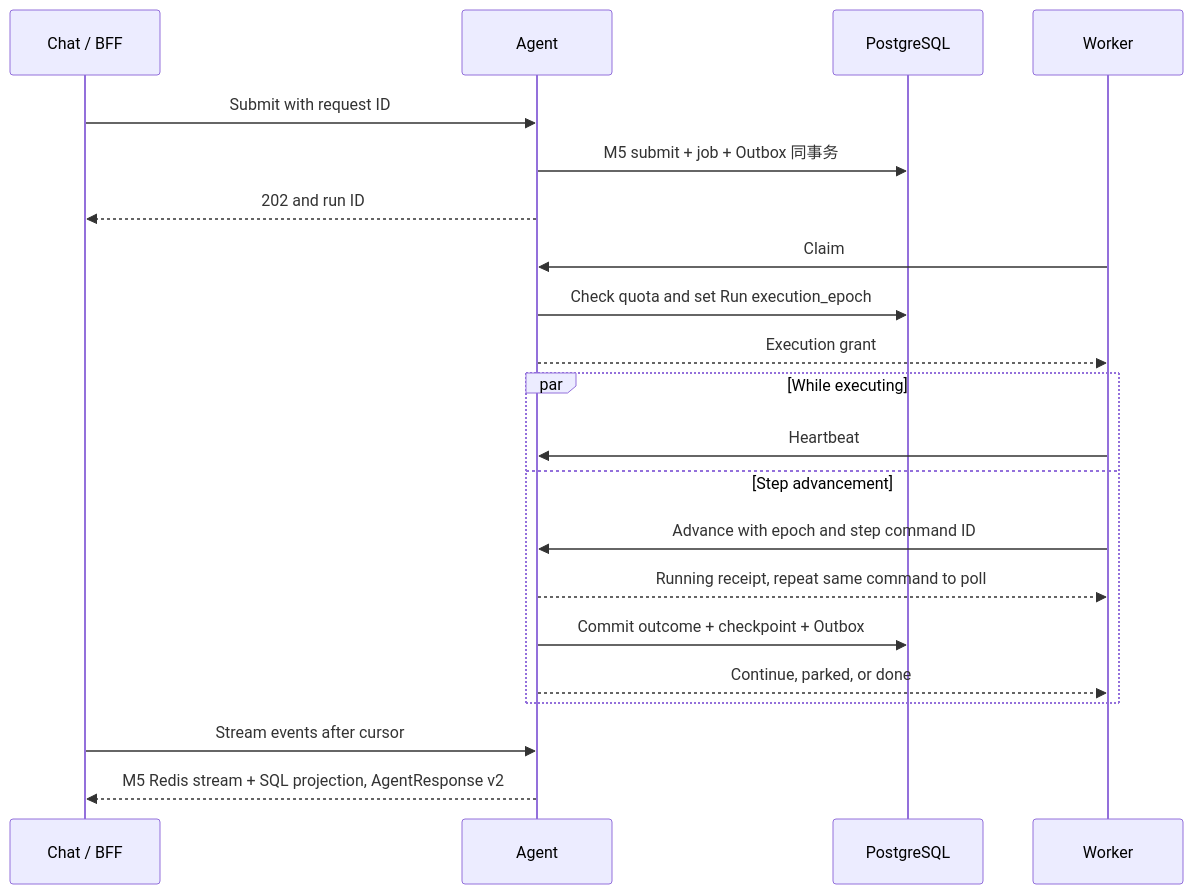
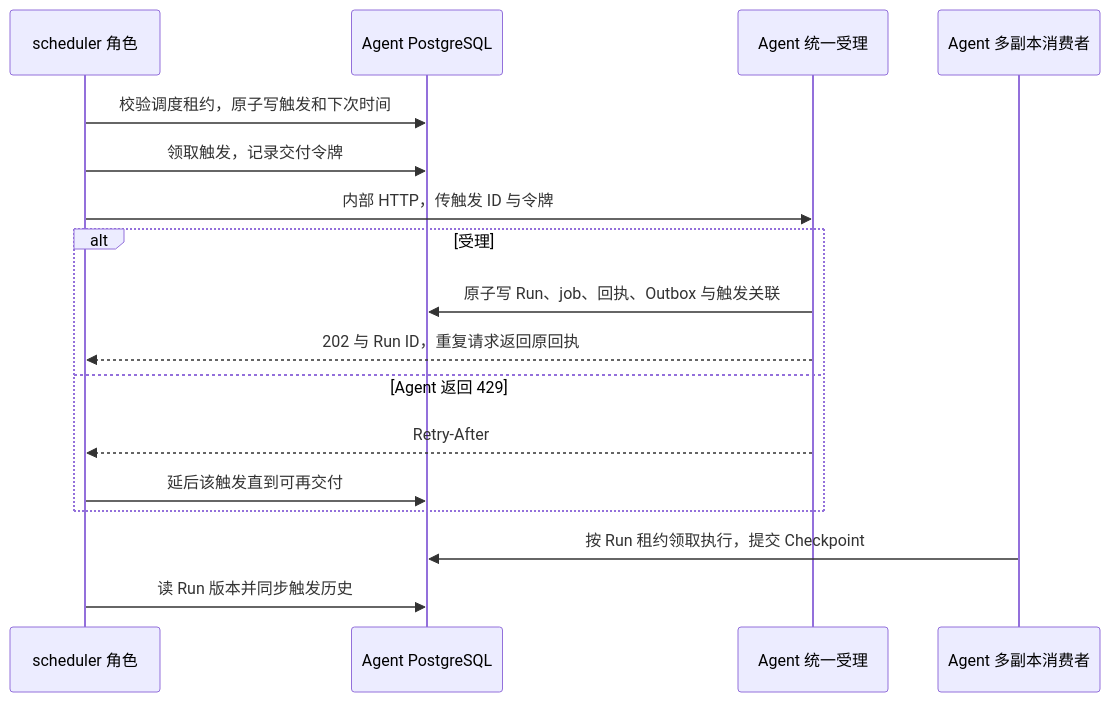
Before and after one commit to RuiLu007/compass: the seventh of 7 diagrams in mai-specs/984-lesson-20-production-agent-runtime/design/TECH_DESIGN.md, drawn with Mermaid. The commit also changed other lines of this file and 204 other files, not shown here.

````diff
--- a/mai-specs/984-lesson-20-production-agent-runtime/design/TECH_DESIGN.md
+++ b/mai-specs/984-lesson-20-production-agent-runtime/design/TECH_DESIGN.md
@@ -97,23 +345,20 @@
 ```mermaid
 sequenceDiagram
-    participant C as Chat / BFF
-    participant A as Agent
-    participant D as PostgreSQL
-    participant W as Worker
-    C->>A: Submit with request ID
-    A->>D: M5 submit + job + Outbox 同事务
-    A-->>C: 202 and run ID
-    W->>A: Claim
-    A->>D: Check quota and set Run execution_epoch
-    A-->>W: Execution grant
-    par While executing
-        W->>A: Heartbeat
-    and Step advancement
-        W->>A: Advance with epoch and step command ID
-        A-->>W: Running receipt, repeat same command to poll
-        A->>D: Commit outcome + checkpoint + Outbox
-        A-->>W: Continue, parked, or done
+    accTitle: 到期触发与幂等交付
+    participant S as scheduler 角色
+    participant DB as Agent PostgreSQL
+    participant A as Agent 统一受理
+    participant C as Agent 多副本消费者
+    S->>DB: 校验调度租约，原子写触发和下次时间
+    S->>DB: 领取触发，记录交付令牌
+    S->>A: 内部 HTTP，传触发 ID 与令牌
+    alt 受理
+        A->>DB: 原子写 Run、job、回执、Outbox 与触发关联
+        A-->>S: 202 与 Run ID，重复请求返回原回执
+    else Agent 返回 429
+        A-->>S: Retry-After
+        S->>DB: 延后该触发直到可再交付
     end
-    C->>A: Stream events after cursor
-    A-->>C: M5 Redis stream + SQL projection, AgentResponse v2
+    C->>DB: 按 Run 租约领取执行，提交 Checkpoint
+    S->>DB: 读 Run 版本并同步触发历史
 ```
````
